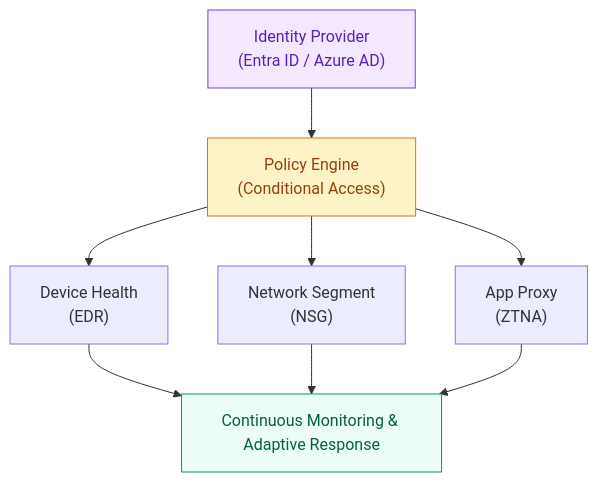
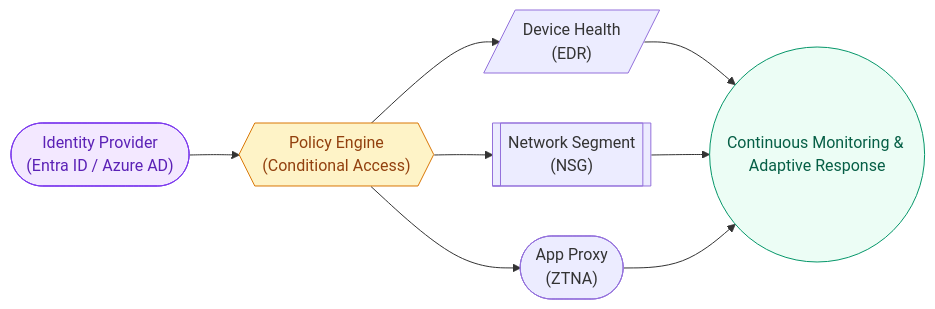
The third of 3 diagrams in docs/networks/network-security.md (saivamsikaruturi/vamsilabs-dev-notes-main), drawn with Mermaid before and after one commit. The commit also changed other lines of this file and 146 other files, not shown here.

Commit message:
Horizontal diagrams, UML class diagrams, typography overhaul, and permalink cleanup

````diff
--- a/docs/networks/network-security.md
+++ b/docs/networks/network-security.md
@@ -160,21 +160,21 @@
 ```mermaid
-flowchart TD
-    IDP["Identity Provider\n(Entra ID / Azure AD)"]
-    PE["Policy Engine\n(Conditional Access)"]
-    DH["Device Health\n(EDR)"]
-    NS["Network Segment\n(NSG)"]
-    AP["App Proxy\n(ZTNA)"]
-    CM["Continuous Monitoring & Adaptive Response"]
+flowchart LR
+    IDP(["Identity Provider\n(Entra ID / Azure AD)"])
+    PE{{"Policy Engine\n(Conditional Access)"}}
+    DH[/"Device Health\n(EDR)"/]
+    NS[["Network Segment\n(NSG)"]]
+    AP(["App Proxy\n(ZTNA)"])
+    CM(("Continuous Monitoring & Adaptive Response"))
 
     IDP --> PE
     PE --> DH
     PE --> NS
     PE --> AP
     DH --> CM
     NS --> CM
     AP --> CM
 
     style IDP fill:#F3E8FF,stroke:#7C3AED,color:#5B21B6
     style PE fill:#FEF3C7,stroke:#D97706,color:#92400E
     style CM fill:#ECFDF5,stroke:#059669,color:#065F46
 ```
````
